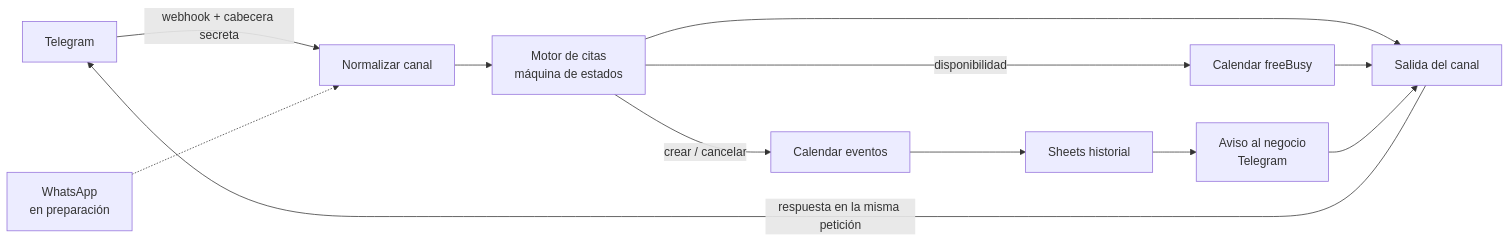
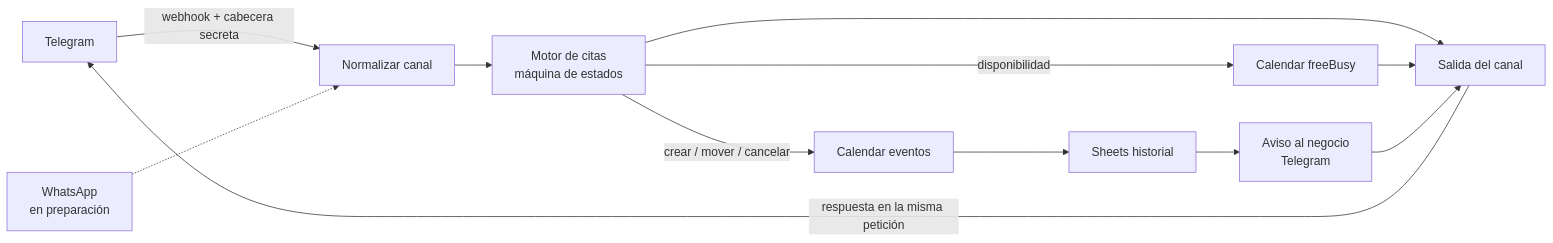
The diagram in README.md (alexcitos/bot-citas-n8n), drawn with Mermaid before and after one commit. The commit also changed other lines of this file and 8 other files, not shown here.

````diff
--- a/README.md
+++ b/README.md
@@ -22,14 +25,14 @@
 ```mermaid
 flowchart LR
     TG[Telegram] -->|webhook + cabecera secreta| IN[Normalizar canal]
     WA[WhatsApp<br/>en preparación] -.-> IN
     IN --> M[Motor de citas<br/>máquina de estados]
     M -->|disponibilidad| FB[Calendar freeBusy]
-    M -->|crear / cancelar| EV[Calendar eventos]
+    M -->|crear / mover / cancelar| EV[Calendar eventos]
     EV --> SH[Sheets historial]
     SH --> AV[Aviso al negocio<br/>Telegram]
     M --> OUT[Salida del canal]
     FB --> OUT
     AV --> OUT
     OUT -->|respuesta en la misma petición| TG
 ```
````
